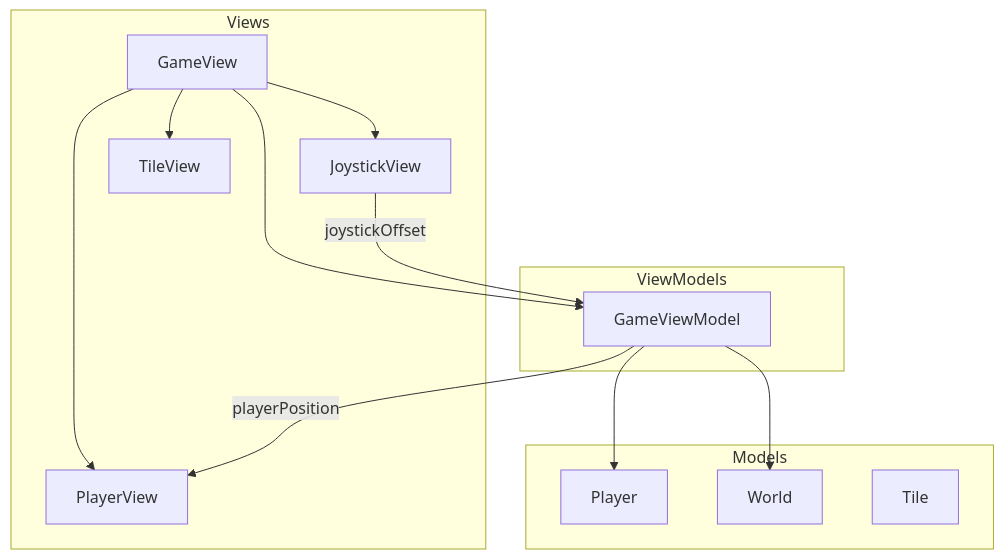
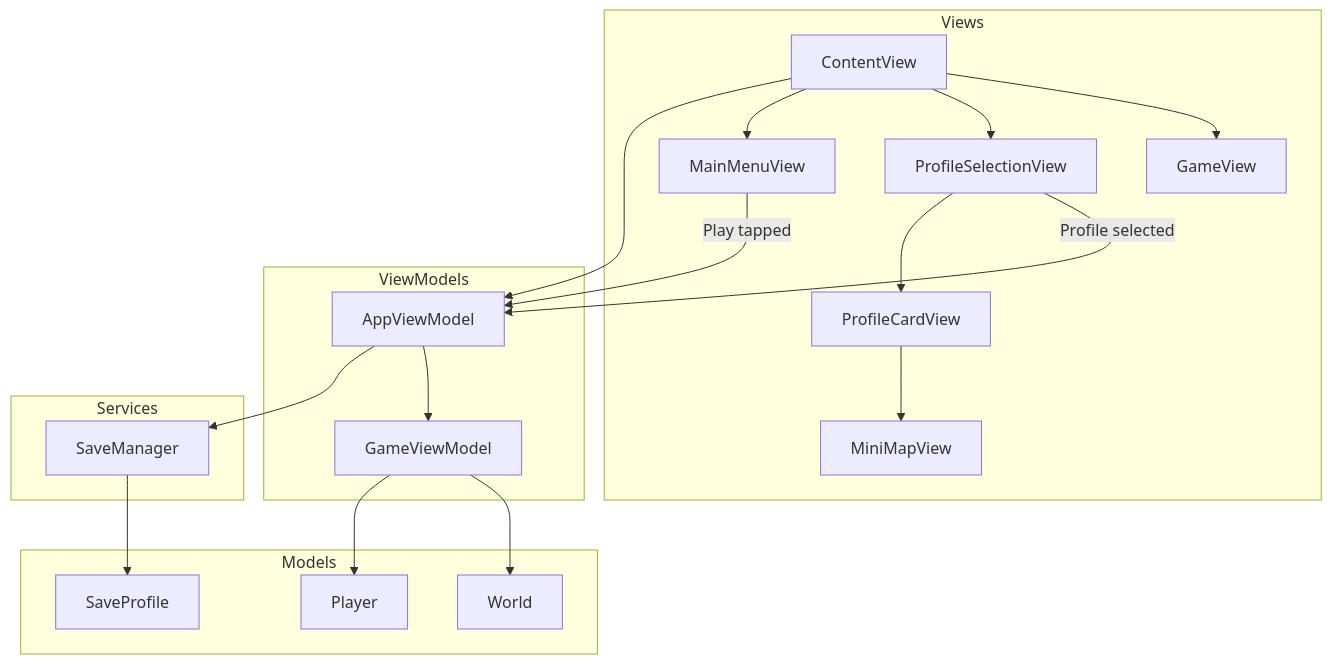
One commit to cadenclaussen/driftwood changed the first of 4 diagrams in docs/.specs/design.md. Above: the diagram before and after it, drawn with Mermaid. The commit also changed other lines of this file and 15 other files, not shown here.

First line of the commit message:
Add main menu with 3 save profile slots and auto-save system

````diff
--- a/docs/.specs/design.md
+++ b/docs/.specs/design.md
@@ -13,28 +16,42 @@
 ```mermaid
 graph TD
     subgraph Views
+        CV[ContentView]
+        MMV[MainMenuView]
+        PSV[ProfileSelectionView]
+        PCV[ProfileCardView]
         GV[GameView]
-        PV[PlayerView]
-        JV[JoystickView]
-        TV[TileView]
+        MPV[MiniMapView]
     end
 
     subgraph ViewModels
+        AVM[AppViewModel]
         GVM[GameViewModel]
     end
 
     subgraph Models
+        SP[SaveProfile]
         P[Player]
         W[World]
-        T[Tile]
     end
 
-    GV --> GVM
-    GV --> PV
-    GV --> JV
-    GV --> TV
+    subgraph Services
+        SM[SaveManager]
+    end
+
+    CV --> AVM
+    CV --> MMV
+    CV --> PSV
+    CV --> GV
+
+    MMV -->|Play tapped| AVM
+    PSV --> PCV
+    PCV --> MPV
+    PSV -->|Profile selected| AVM
+
+    AVM --> SM
+    AVM --> GVM
+    SM --> SP
     GVM --> P
     GVM --> W
-    JV -->|joystickOffset| GVM
-    GVM -->|playerPosition| PV
 ```
````
